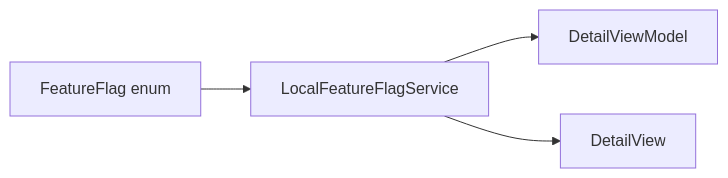
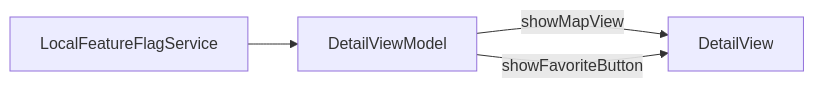
Before and after one commit to luizmellodev/Blueprint: the diagram in Documentation/Content/en/architecture/feature-flags.md, drawn with Mermaid. The commit also changed other lines of this file and 32 other files, not shown here.

````diff
--- a/Documentation/Content/en/architecture/feature-flags.md
+++ b/Documentation/Content/en/architecture/feature-flags.md
@@ -66,9 +94,9 @@
 ```mermaid
 flowchart LR
-  FF[FeatureFlag enum]
   SVC[LocalFeatureFlagService]
   VM[DetailViewModel]
   V[DetailView]
-  FF --> SVC --> VM
-  SVC --> V
+  SVC --> VM
+  VM -->|showMapView| V
+  VM -->|showFavoriteButton| V
 ```
````
